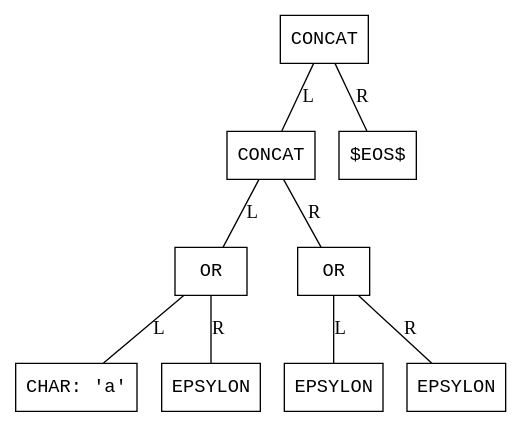
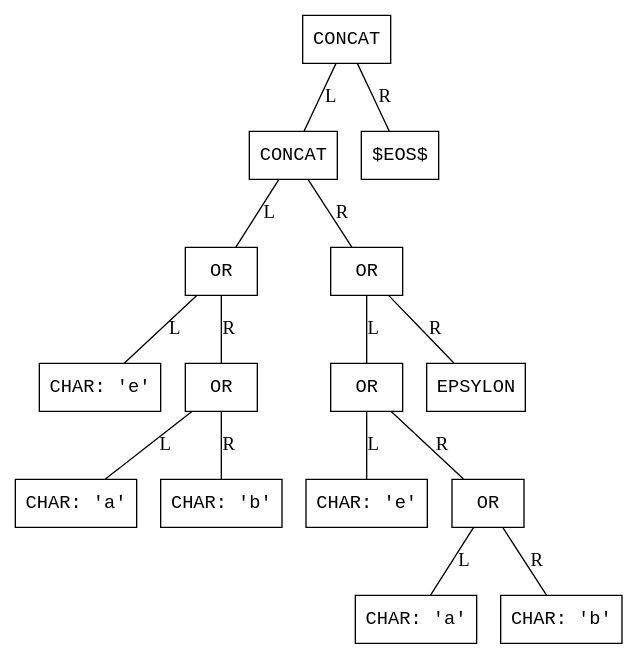
One commit to HotHeadd/automata25_mephi changed the diagram in 2/ast.dot. Above: the diagram before and after it, drawn with Graphviz. The commit also changed 4 other files, not shown here.

```diff
--- a/2/ast.dot
+++ b/2/ast.dot
@@ -1,22 +1,34 @@
 digraph AST {
   node [shape=box, fontname="Courier"];
   edge [arrowhead=none];
 
   0 [label="CONCAT"];
   1 [label="CONCAT"];
   2 [label="OR"];
-  3 [label="CHAR: 'a'"];
+  3 [label="CHAR: 'e'"];
   2 -> 3 [label="L"];
-  4 [label="EPSYLON"];
+  4 [label="OR"];
+  5 [label="CHAR: 'a'"];
+  4 -> 5 [label="L"];
+  6 [label="CHAR: 'b'"];
+  4 -> 6 [label="R"];
   2 -> 4 [label="R"];
   1 -> 2 [label="L"];
-  5 [label="OR"];
-  6 [label="EPSYLON"];
-  5 -> 6 [label="L"];
-  7 [label="EPSYLON"];
-  5 -> 7 [label="R"];
-  1 -> 5 [label="R"];
+  7 [label="OR"];
+  8 [label="OR"];
+  9 [label="CHAR: 'e'"];
+  8 -> 9 [label="L"];
+  10 [label="OR"];
+  11 [label="CHAR: 'a'"];
+  10 -> 11 [label="L"];
+  12 [label="CHAR: 'b'"];
+  10 -> 12 [label="R"];
+  8 -> 10 [label="R"];
+  7 -> 8 [label="L"];
+  13 [label="EPSYLON"];
+  7 -> 13 [label="R"];
+  1 -> 7 [label="R"];
   0 -> 1 [label="L"];
-  8 [label="$EOS$"];
-  0 -> 8 [label="R"];
+  14 [label="$EOS$"];
+  0 -> 14 [label="R"];
 }
```
